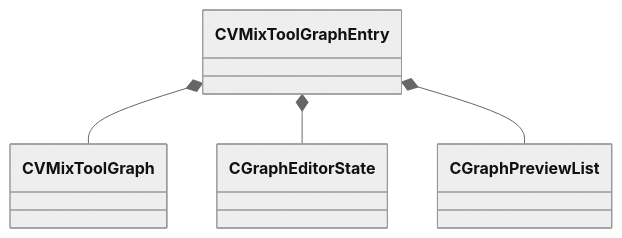
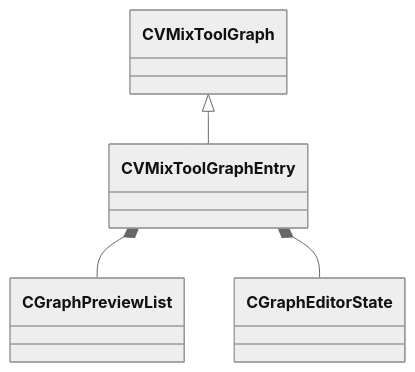
The diagram in docs/generated/schemas/sounddoc_lib/CVMixToolGraphEntry.md (CS2OpenDev/CS2OpenDev-Docs), drawn with Mermaid (neutral theme) before and after one commit. The commit also changed other lines of this file and 4654 other files, not shown here.

Commit message:
docs: regenerate for SchemaTracker build 25947352 [skip ci]

````diff
--- a/docs/generated/schemas/sounddoc_lib/CVMixToolGraphEntry.md
+++ b/docs/generated/schemas/sounddoc_lib/CVMixToolGraphEntry.md
@@ -17,6 +19,6 @@
 ```mermaid
 classDiagram
-    CVMixToolGraphEntry *-- CVMixToolGraph
+    CVMixToolGraph <|-- CVMixToolGraphEntry
+    CVMixToolGraphEntry *-- CGraphPreviewList
     CVMixToolGraphEntry *-- CGraphEditorState
-    CVMixToolGraphEntry *-- CGraphPreviewList
 ```
````
